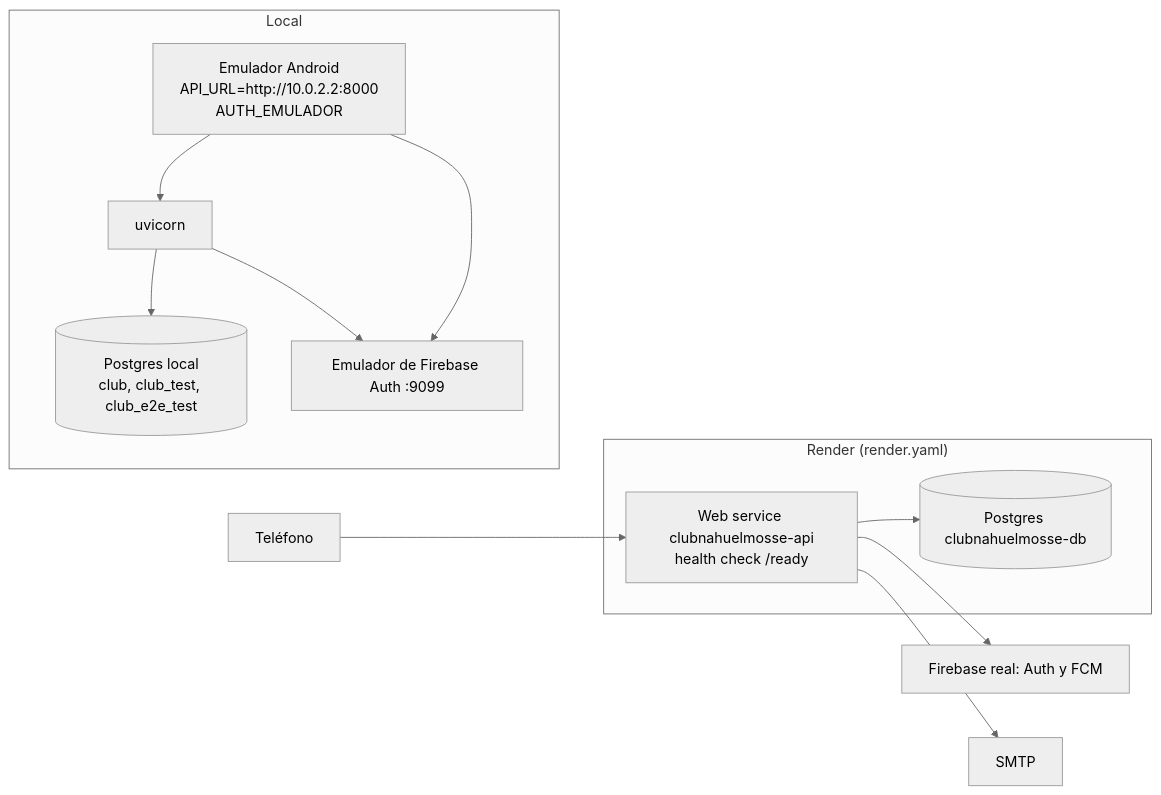
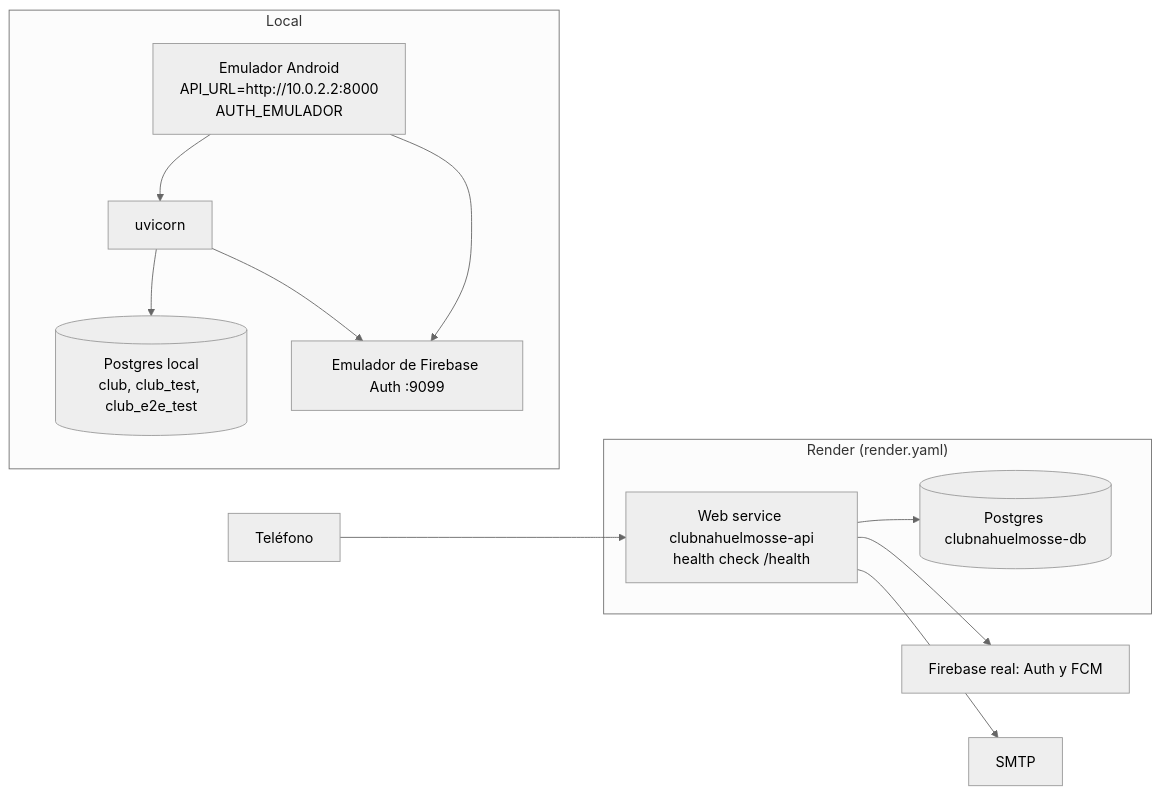
The seventh of 7 diagrams in docs/technical/arquitectura.md (NahuelMosse/ClubNahuelMosse), drawn with Mermaid (neutral theme) before and after one commit. The commit also changed other lines of this file and 2 other files, not shown here.

````diff
--- a/docs/technical/arquitectura.md
+++ b/docs/technical/arquitectura.md
@@ -271,20 +253,20 @@
 ```mermaid
 flowchart LR
   subgraph local["Local"]
     emu["Emulador Android<br/>API_URL=http://10.0.2.2:8000<br/>AUTH_EMULADOR"]
     uv["uvicorn"]
     pgl[("Postgres local<br/>club, club_test, club_e2e_test")]
     fbe["Emulador de Firebase Auth :9099"]
     emu --> uv --> pgl
     emu --> fbe
     uv --> fbe
   end
   subgraph render["Render (render.yaml)"]
-    web["Web service clubnahuelmosse-api<br/>health check /ready"]
+    web["Web service clubnahuelmosse-api<br/>health check /health"]
     pgr[("Postgres clubnahuelmosse-db")]
     web --> pgr
   end
   tel["Teléfono"] --> web
   web --> fbr["Firebase real: Auth y FCM"]
   web --> smtp["SMTP"]
 ```
````
